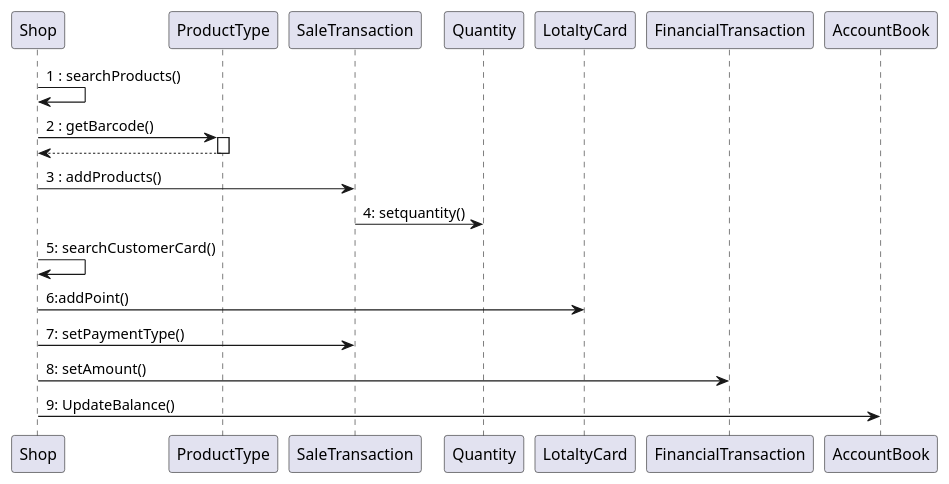
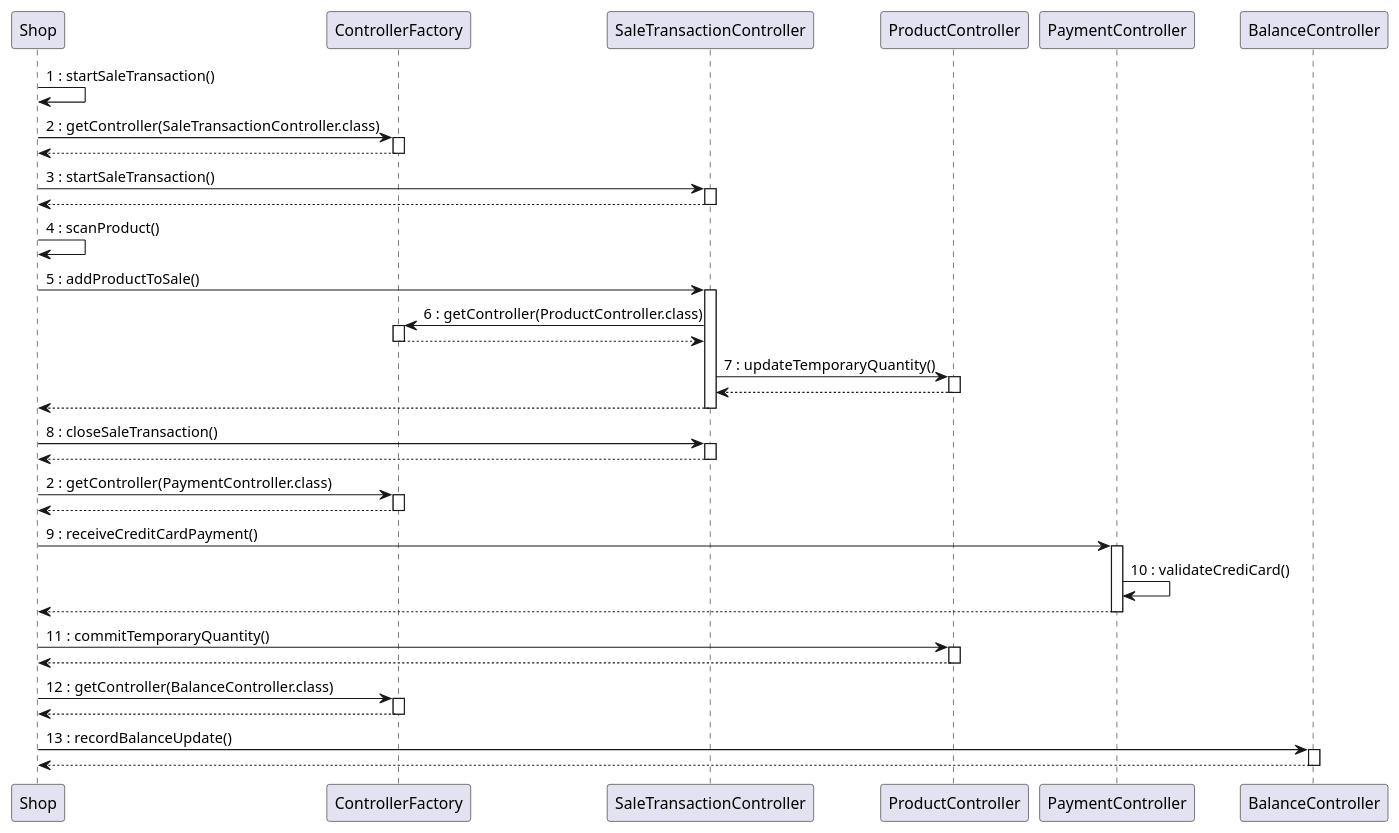
Before and after one commit to MatteoBattilana/EzShop: the fourth of 5 diagrams in Deliverables/DesignDocument.md, drawn with PlantUML. The commit also changed other lines of this file and 1 other file, not shown here.

Commit message:
docs: added scenario 6.1

````diff
--- a/Deliverables/DesignDocument.md
+++ b/Deliverables/DesignDocument.md
@@ -404,15 +417,47 @@
 ```plantuml
 @startuml
-"Shop" -> Shop:1 : searchProducts()
-Shop -> ProductType:2 : getBarcode()
-activate ProductType
+Shop -> Shop:1 : startSaleTransaction()
+Shop -> ControllerFactory:2 : getController(SaleTransactionController.class)
+activate ControllerFactory
 return
-Shop-> SaleTransaction:3 : addProducts()
-SaleTransaction->Quantity: 4: setquantity()
-Shop -> Shop:5: searchCustomerCard()
-Shop -> LotaltyCard:6:addPoint()
-Shop -> SaleTransaction:7: setPaymentType()
-Shop -> FinancialTransaction:8: setAmount()
-Shop -> AccountBook:9: UpdateBalance()
+
+Shop -> SaleTransactionController:3 : startSaleTransaction()
+activate SaleTransactionController
+return
+
+Shop -> Shop:4 : scanProduct()
+
+Shop -> SaleTransactionController:5 : addProductToSale()
+activate SaleTransactionController
+  SaleTransactionController -> ControllerFactory:6 : getController(ProductController.class)
+  activate ControllerFactory
+  return
+  SaleTransactionController -> ProductController:7 : updateTemporaryQuantity()
+  activate ProductController
+  return
+return
+Shop -> SaleTransactionController:8 : closeSaleTransaction()
+activate SaleTransactionController
+return
+
+Shop -> ControllerFactory:2 : getController(PaymentController.class)
+activate ControllerFactory
+return
+Shop -> PaymentController:9 : receiveCreditCardPayment()
+activate PaymentController
+  PaymentController -> PaymentController:10 : validateCrediCard()
+return
+
+Shop -> ProductController:11 : commitTemporaryQuantity()
+activate ProductController
+return
+
+Shop -> ControllerFactory:12 : getController(BalanceController.class)
+activate ControllerFactory
+return
+Shop -> BalanceController: 13 : recordBalanceUpdate()
+activate BalanceController
+return
+
 @enduml
 ```
````
